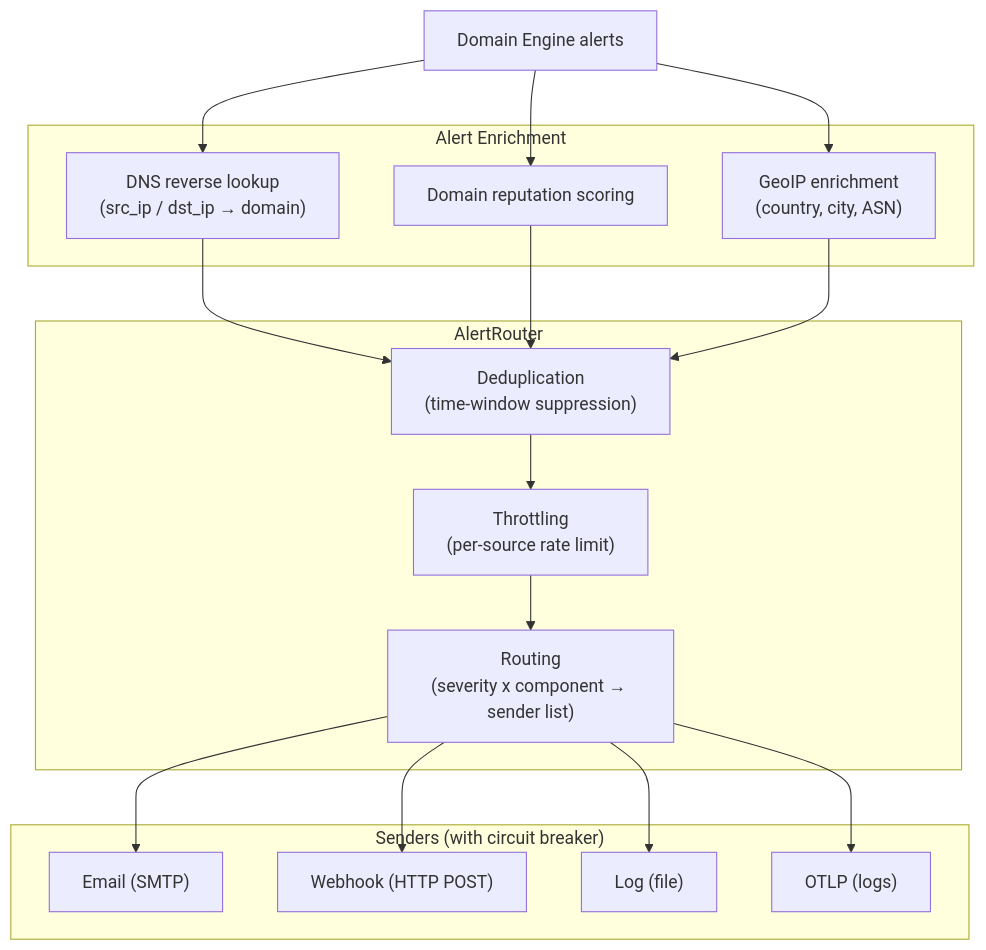
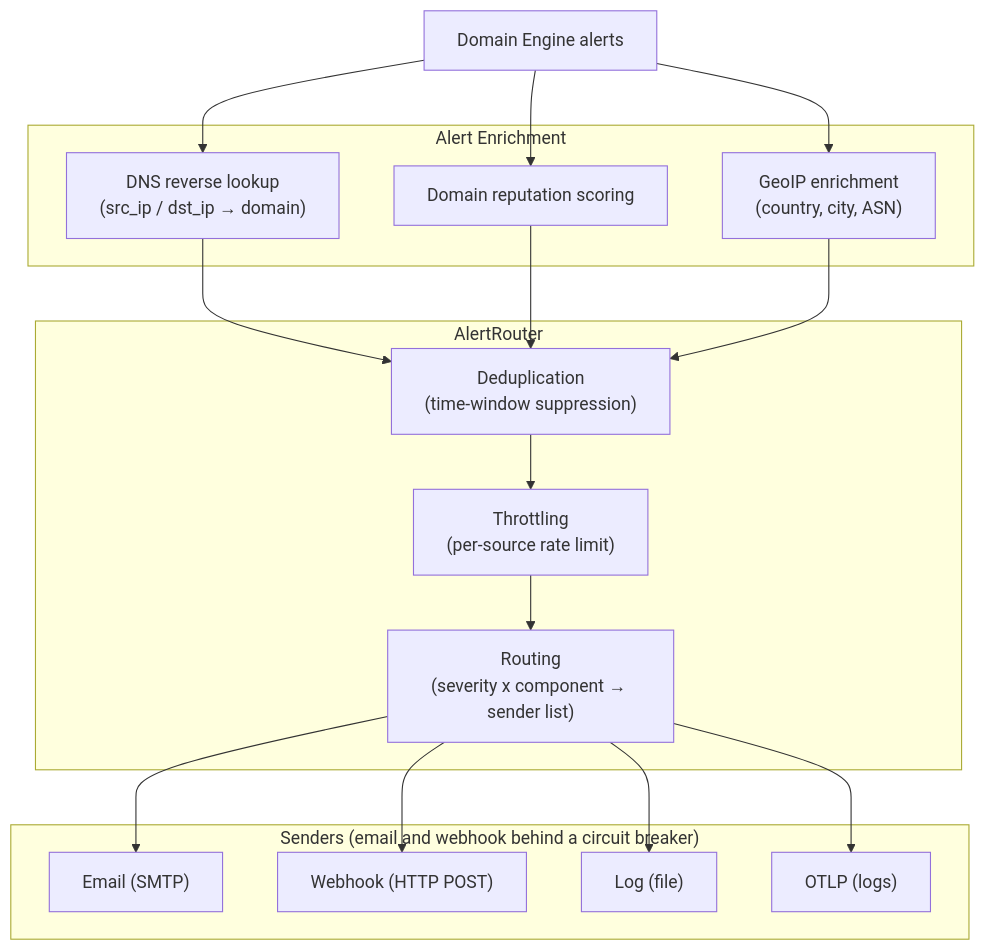
Before and after one commit to ebpfsentinel/ebpfsentinel-docs: the fourth of 7 diagrams in docs/architecture/data-flow.md, drawn with Mermaid. The commit also changed other lines of this file and 6 other files, not shown here.

Commit message:
docs(architecture): hold the architecture pages to the crates and programs as built

````diff
--- a/docs/architecture/data-flow.md
+++ b/docs/architecture/data-flow.md
@@ -188,30 +188,30 @@
 ```mermaid
 flowchart TD
     ALERTS["Domain Engine alerts"]
 
     subgraph ENRICH["Alert Enrichment"]
         DNS_REV["DNS reverse lookup\n(src_ip / dst_ip → domain)"]
         REP["Domain reputation scoring"]
         GEO["GeoIP enrichment\n(country, city, ASN)"]
     end
 
     ALERTS --> DNS_REV & REP & GEO
 
     subgraph ROUTER["AlertRouter"]
         DEDUP["Deduplication\n(time-window suppression)"]
         THROTTLE["Throttling\n(per-source rate limit)"]
         ROUTING["Routing\n(severity x component → sender list)"]
         DEDUP --> THROTTLE --> ROUTING
     end
 
     DNS_REV & REP & GEO --> DEDUP
 
-    subgraph SENDERS["Senders (with circuit breaker)"]
+    subgraph SENDERS["Senders (email and webhook behind a circuit breaker)"]
         EMAIL["Email (SMTP)"]
         WEBHOOK["Webhook (HTTP POST)"]
         LOG["Log (file)"]
         OTLP["OTLP (logs)"]
     end
 
     ROUTING --> EMAIL & WEBHOOK & LOG & OTLP
 ```
````
